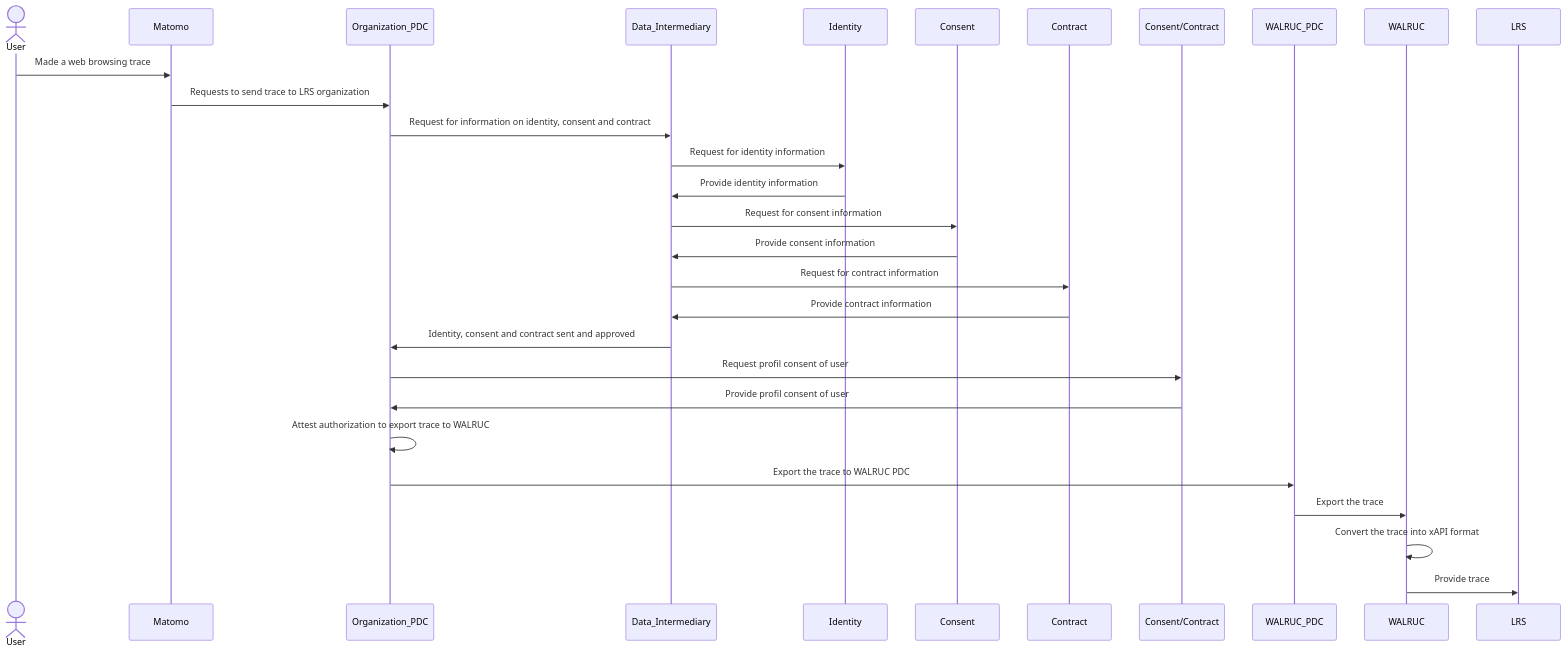
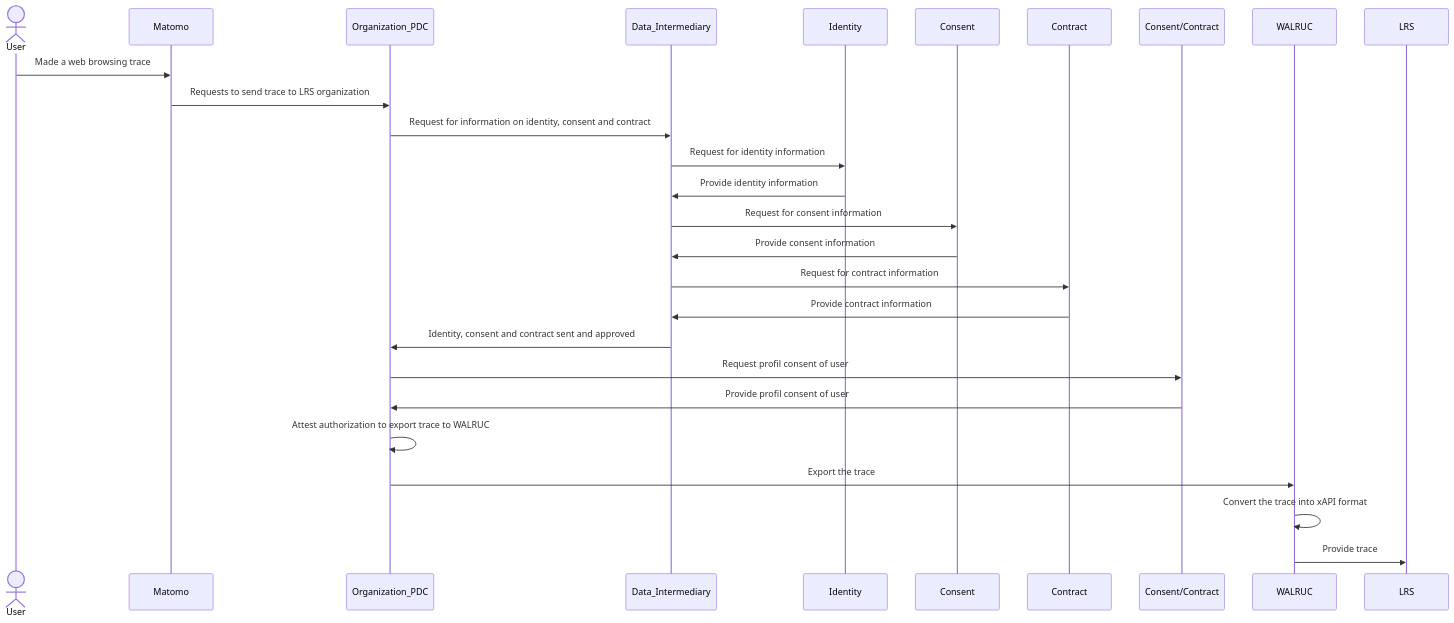
One commit to Prometheus-X-association/walruc changed the fourth of 4 diagrams in docs/Web Analytics Learning Records Universal Connector BB – Design document.md. Above: the diagram before and after it, drawn with Mermaid. The commit also changed other lines of this file, not shown here.

````diff
--- a/docs/Web Analytics Learning Records Universal Connector BB – Design document.md
+++ b/docs/Web Analytics Learning Records Universal Connector BB – Design document.md
@@ -358,21 +357,20 @@
 ```mermaid
 sequenceDiagram
    actor User as User
    User->>Matomo: Made a web browsing trace
    Matomo->>Organization_PDC: Requests to send trace to LRS organization
    Organization_PDC->>Data_Intermediary: Request for information on identity, consent and contract
    Data_Intermediary->>Identity: Request for identity information
    Identity->>Data_Intermediary: Provide identity information
    Data_Intermediary->>Consent: Request for consent information
    Consent->>Data_Intermediary: Provide consent information
    Data_Intermediary->>Contract: Request for contract information
    Contract->>Data_Intermediary: Provide contract information
    Data_Intermediary->>Organization_PDC: Identity, consent and contract sent and approved
    Organization_PDC->>Consent/Contract: Request profil consent of user
    Consent/Contract->>Organization_PDC: Provide profil consent of user
    Organization_PDC->>Organization_PDC: Attest authorization to export trace to WALRUC
-   Organization_PDC->>WALRUC_PDC: Export the trace to WALRUC PDC
-   WALRUC_PDC->>WALRUC: Export the trace
+   Organization_PDC->>WALRUC: Export the trace
    WALRUC->>WALRUC: Convert the trace into xAPI format
    WALRUC->>LRS: Provide trace
 ```
````
